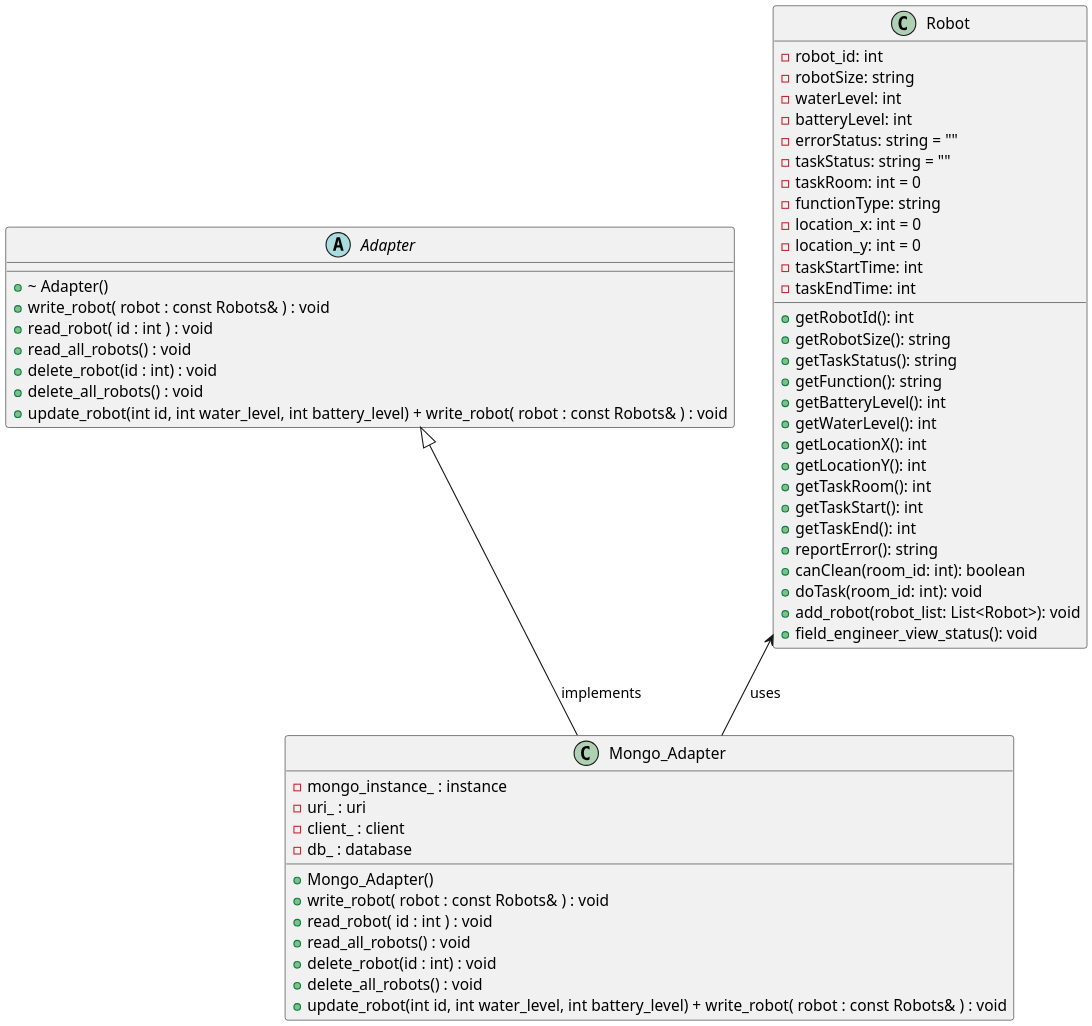
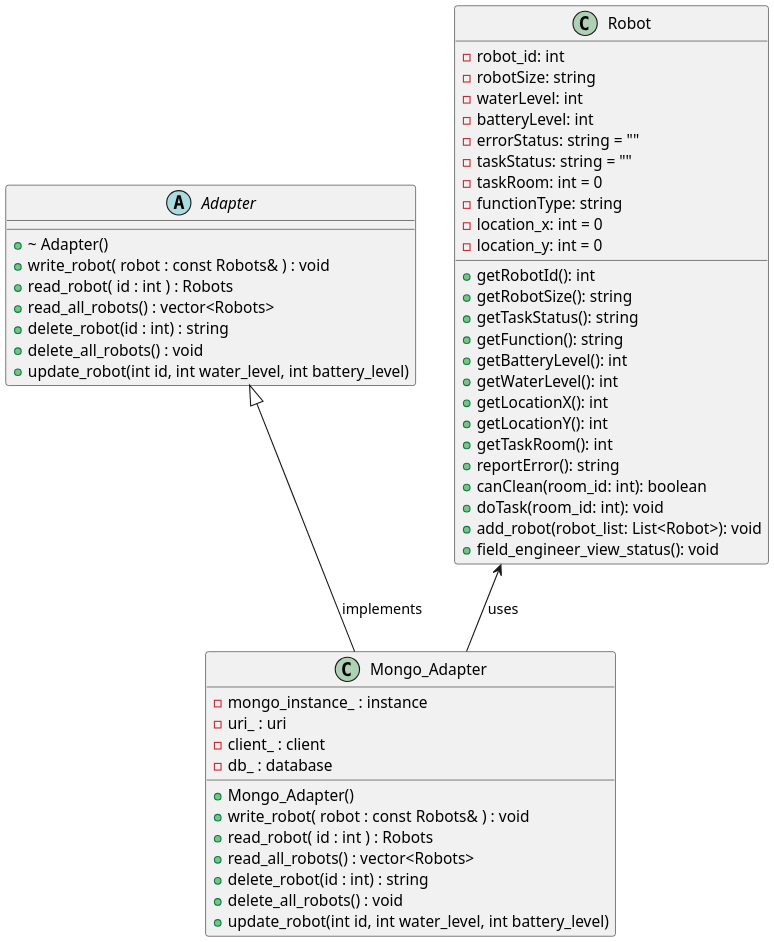
Before and after one commit to ur-swe-fa24/main-project-scrum-heads: the diagram in docs/design/classDiagram/mongoAdapter.puml, drawn with PlantUML. The commit also changed 3 other files, not shown here.

```diff
--- a/docs/design/classDiagram/mongoAdapter.puml
+++ b/docs/design/classDiagram/mongoAdapter.puml
@@ -1,66 +1,62 @@
 @startuml MongoAdapterDiagram
 skinparam dpi 200
 skinparam DefaultFontName Inconsolata
 
 class Mongo_Adapter{
     - mongo_instance_ : instance 
     - uri_ : uri
     - client_ : client 
     - db_ : database
 
     + Mongo_Adapter()
     + write_robot( robot : const Robots& ) : void 
-    + read_robot( id : int ) : void
-    + read_all_robots() : void
-    + delete_robot(id : int) : void
+    + read_robot( id : int ) : Robots
+    + read_all_robots() : vector<Robots>
+    + delete_robot(id : int) : string
     + delete_all_robots() : void
-    + update_robot(int id, int water_level, int battery_level) + write_robot( robot : const Robots& ) : void 
+    + update_robot(int id, int water_level, int battery_level)  
 }
 
 abstract Adapter{
     + \~ Adapter()
     + write_robot( robot : const Robots& ) : void 
-    + read_robot( id : int ) : void
-    + read_all_robots() : void
-    + delete_robot(id : int) : void
+    + read_robot( id : int ) : Robots
+    + read_all_robots() : vector<Robots>
+    + delete_robot(id : int) : string
     + delete_all_robots() : void
-    + update_robot(int id, int water_level, int battery_level) + write_robot( robot : const Robots& ) : void 
+    + update_robot(int id, int water_level, int battery_level)
 } 
 
 class Robot {
     -robot_id: int
     -robotSize: string
     -waterLevel: int
     -batteryLevel: int
     -errorStatus: string = ""
     -taskStatus: string = ""
     -taskRoom: int = 0
     -functionType: string
     -location_x: int = 0
     -location_y: int = 0
-    -taskStartTime: int
-    -taskEndTime: int
     +getRobotId(): int
     +getRobotSize(): string
     +getTaskStatus(): string
     +getFunction(): string
     +getBatteryLevel(): int
     +getWaterLevel(): int
     +getLocationX(): int
     +getLocationY(): int
     +getTaskRoom(): int
-    +getTaskStart(): int
-    +getTaskEnd(): int
     +reportError(): string
     +canClean(room_id: int): boolean
     +doTask(room_id: int): void
     +add_robot(robot_list: List<Robot>): void
     +field_engineer_view_status(): void
 }
 
 Adapter <|-- Mongo_Adapter : implements
 
 Robot <-- Mongo_Adapter : uses
 
 
 @enduml 
```
